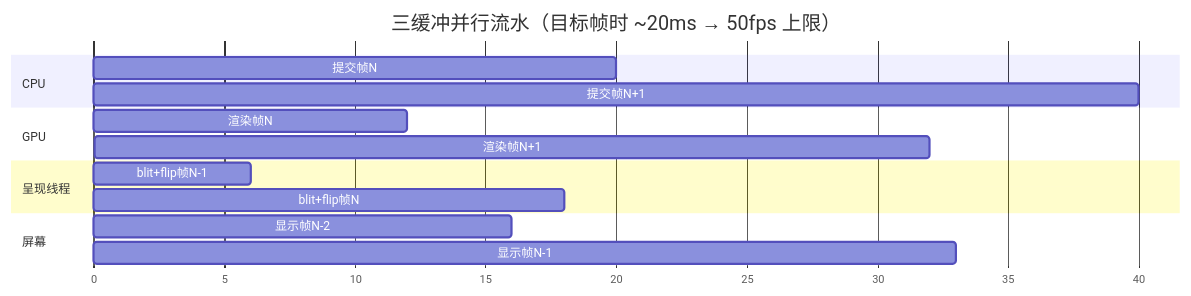
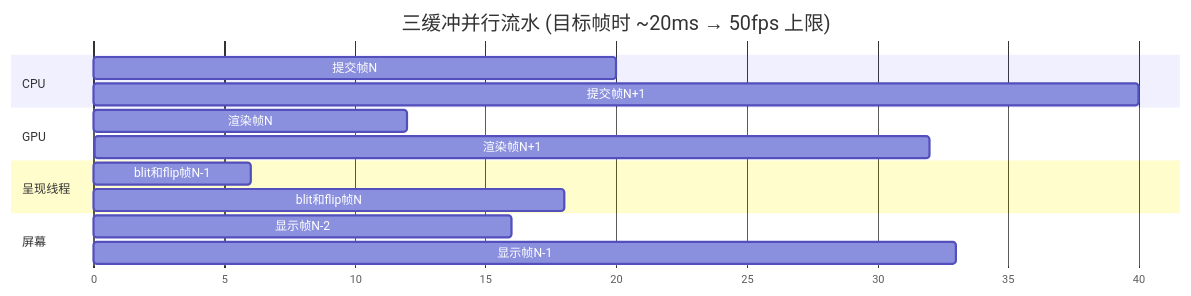
Before and after one commit to FASTSHIFT/re3-sdl: the second of 3 diagrams in docs/09-R36S三缓冲呈现方案设计.md, drawn with Mermaid. The commit also changed other lines of this file and 54 other files, not shown here.

````diff
--- a/docs/09-R36S三缓冲呈现方案设计.md
+++ b/docs/09-R36S三缓冲呈现方案设计.md
@@ -79,18 +81,18 @@
 ```mermaid
 gantt
+    title 三缓冲并行流水 (目标帧时 ~20ms → 50fps 上限)
     dateFormat X
     axisFormat %s
-    title 三缓冲并行流水（目标帧时 ~20ms → 50fps 上限）
     section CPU
-    提交帧N    :0, 20
-    提交帧N+1  :20, 40
+    提交帧N     :0, 20
+    提交帧N+1   :20, 40
     section GPU
-    渲染帧N    :2, 12
-    渲染帧N+1  :22, 32
+    渲染帧N     :2, 12
+    渲染帧N+1   :22, 32
     section 呈现线程
-    blit+flip帧N-1 :0, 6
-    blit+flip帧N   :12, 18
+    blit和flip帧N-1  :0, 6
+    blit和flip帧N    :12, 18
     section 屏幕
-    显示帧N-2  :0, 16
-    显示帧N-1  :16, 33
+    显示帧N-2   :0, 16
+    显示帧N-1   :16, 33
 ```
````
